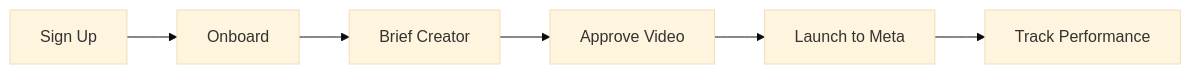
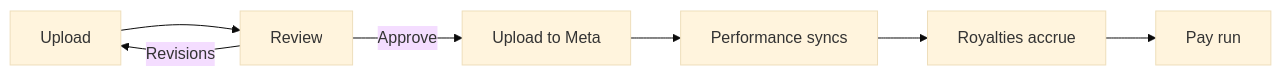
The diagram in quickstart.mdx (reeceww/documentationai-Docs), drawn with Mermaid (base theme) before and after one commit. The commit also changed other lines of this file and 10 other files, not shown here.

````diff
--- a/quickstart.mdx
+++ b/quickstart.mdx
@@ -172,8 +145,9 @@
 ```mermaid
 graph LR
-    A[Sign Up] --> B[Onboard]
-    B --> C[Brief Creator]
-    C --> D[Approve Video]
-    D --> E[Launch to Meta]
-    E --> F[Track Performance]
+    A[Upload] --> B[Review]
+    B -->|Revisions| A
+    B -->|Approve| C[Upload to Meta]
+    C --> D[Performance syncs]
+    D --> E[Royalties accrue]
+    E --> F[Pay run]
 ```
````
